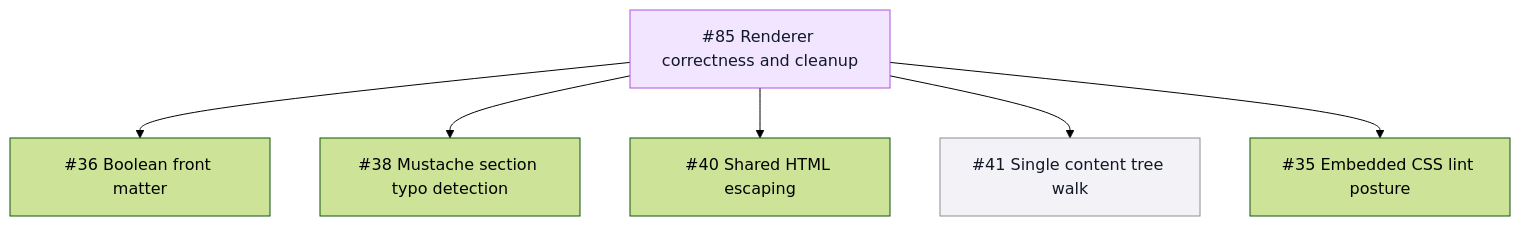
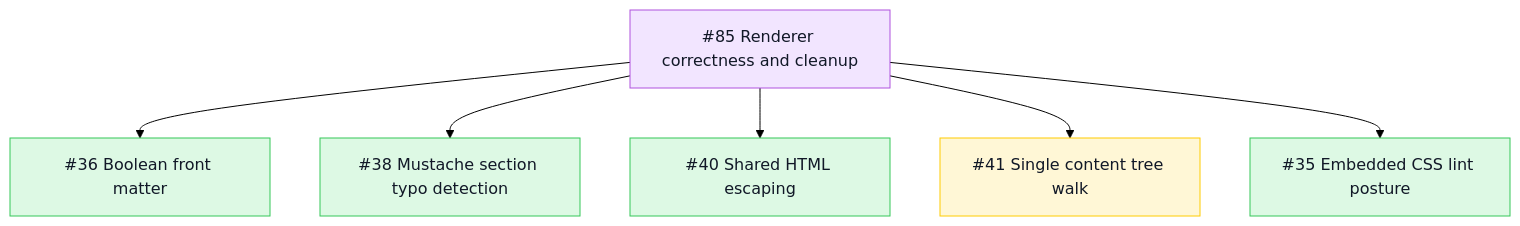
Before and after one commit to TileDown/tile-down: the eighth of 9 diagrams in README.md, drawn with Mermaid (forest theme).

Commit message:
docs(readme): mark content walk in review

````diff
--- a/README.md
+++ b/README.md
@@ -172,12 +172,14 @@
 ```mermaid
 flowchart TD
   Epic["#85 Renderer correctness and cleanup"]:::epic
   Epic --> BooleanFM["#36 Boolean front matter"]:::done
   Epic --> Mustache["#38 Mustache section typo detection"]:::done
   Epic --> Escaping["#40 Shared HTML escaping"]:::done
-  Epic --> ContentWalk["#41 Single content tree walk"]:::todo
+  Epic --> ContentWalk["#41 Single content tree walk"]:::review
   Epic --> CSSLint["#35 Embedded CSS lint posture"]:::done
 
+  classDef done fill:#ddf9e4,stroke:#34c759,color:#111827
   classDef epic fill:#f2e5ff,stroke:#af52de,color:#111827
+  classDef review fill:#fff7d6,stroke:#ffcc00,color:#111827
   classDef todo fill:#f2f2f7,stroke:#8e8e93,color:#111827
 ```
````
